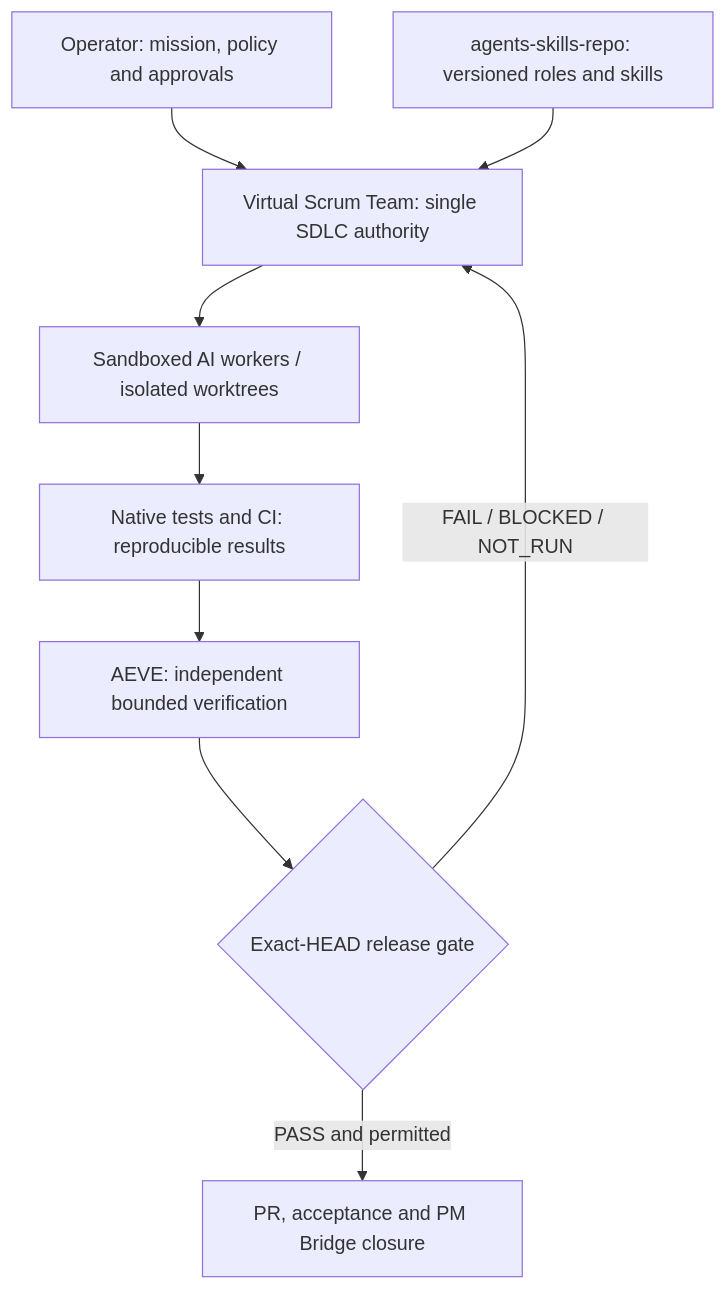
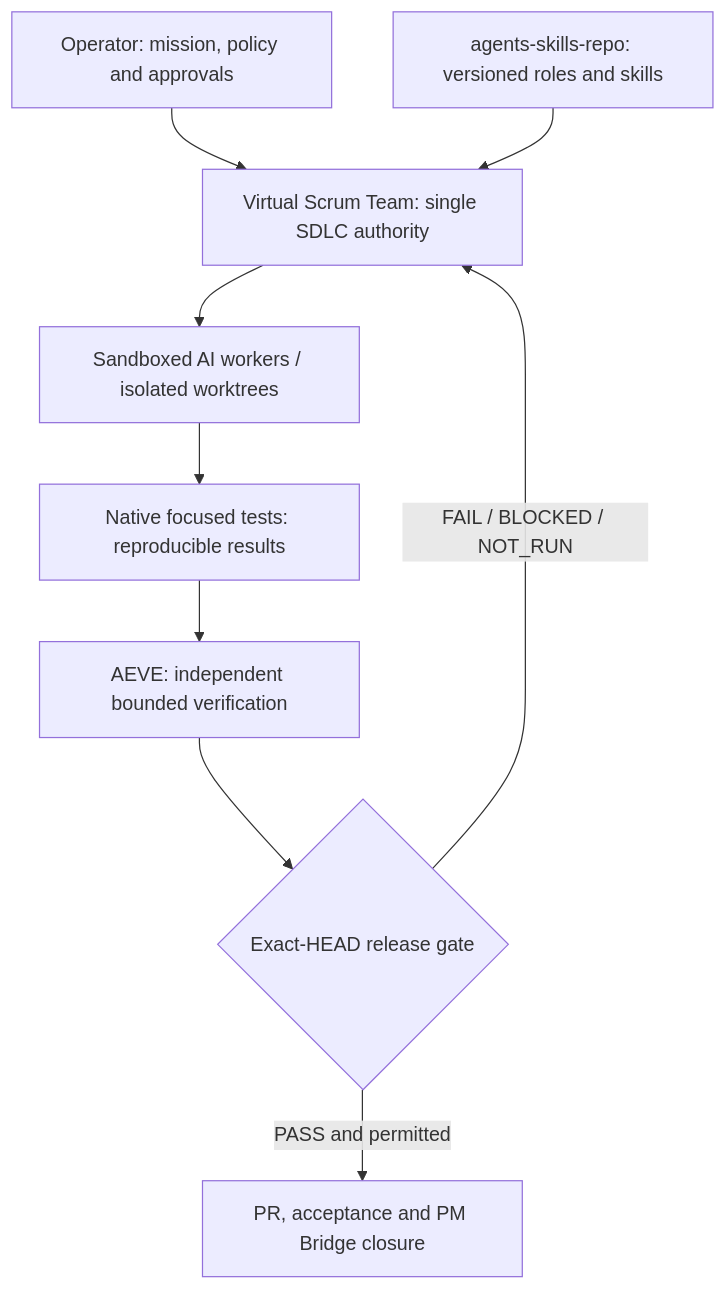
Before and after one commit to xLZDx/Virtual_scrum_team: the diagram in docs/UNIFIED_ENGINEERING_ORGANIZATION_MASTER_BLUEPRINT_2026-10-23.md, drawn with Mermaid. The commit also changed other lines of this file and 10 other files, not shown here.

````diff
--- a/docs/UNIFIED_ENGINEERING_ORGANIZATION_MASTER_BLUEPRINT_2026-10-23.md
+++ b/docs/UNIFIED_ENGINEERING_ORGANIZATION_MASTER_BLUEPRINT_2026-10-23.md
@@ -48,11 +48,11 @@
 ```mermaid
 flowchart TB
     H["Operator: mission, policy and approvals"] --> S["Virtual Scrum Team: single SDLC authority"]
     R["agents-skills-repo: versioned roles and skills"] --> S
     S --> W["Sandboxed AI workers / isolated worktrees"]
-    W --> C["Native tests and CI: reproducible results"]
+    W --> C["Native focused tests: reproducible results"]
     C --> A["AEVE: independent bounded verification"]
     A --> G{"Exact-HEAD release gate"}
     G -->|"PASS and permitted"| P["PR, acceptance and PM Bridge closure"]
     G -->|"FAIL / BLOCKED / NOT_RUN"| S
 ```
````
